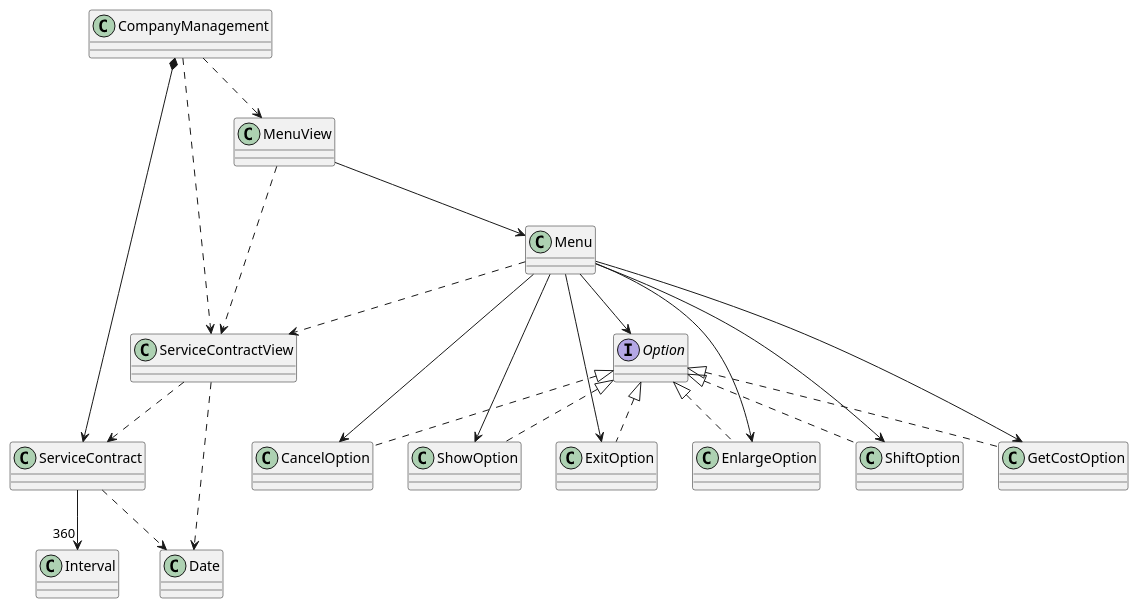
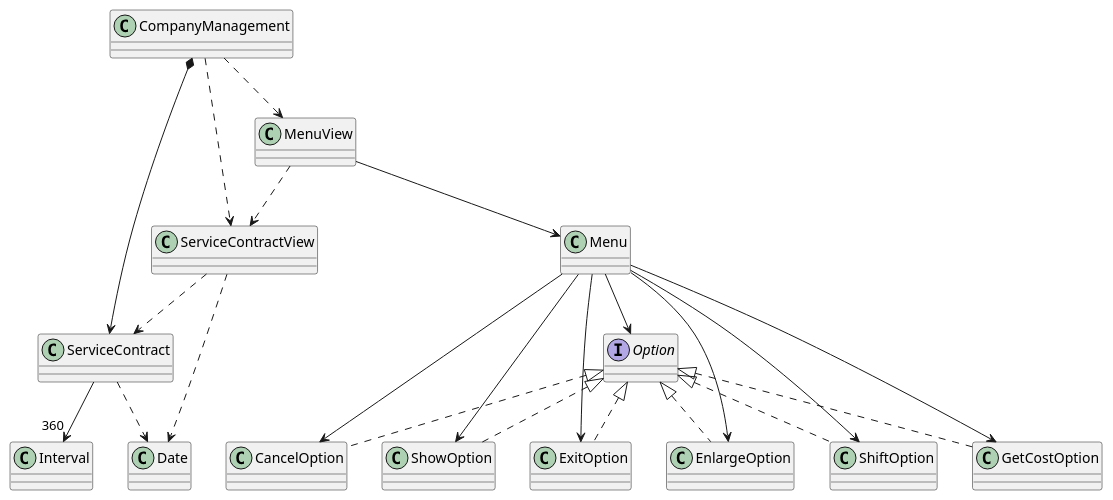
Before and after one commit to USantaTecla-ed-mpds/lab-turing: the diagram in tech-java-basadoObjetos/src/es/usantatecla/companyManagement/UML/ModeloClases.puml, drawn with PlantUML. The commit also changed 1 other file, not shown here.

Commit message:
refactor UML

```diff
--- a/tech-java-basadoObjetos/src/es/usantatecla/companyManagement/UML/ModeloClases.puml
+++ b/tech-java-basadoObjetos/src/es/usantatecla/companyManagement/UML/ModeloClases.puml
@@ -1,48 +1,47 @@
 @startuml
 class CompanyManagement
 class ServiceContract
 class ServiceContractView
 class MenuView
 class Menu
 class CancelOption
 class ShowOption
 class ExitOption
 class EnlargeOption
 class ShiftOption
 class GetCostOption
 
 class Date
 class Interval
 
 interface Option
 
 CompanyManagement *--> ServiceContract
 CompanyManagement ..> ServiceContractView
 CompanyManagement ..> MenuView
 
 ServiceContractView ..> ServiceContract
 ServiceContractView ..> Date
 
 ServiceContract ..> Date
 ServiceContract --> "360" Interval
 
 MenuView --> Menu
 MenuView ..> ServiceContractView
 
-Menu ..> ServiceContractView
 Menu --> Option
 Menu --> CancelOption
 Menu --> EnlargeOption
 Menu --> ExitOption
 Menu --> GetCostOption
 Menu --> ShiftOption
 Menu --> ShowOption
 
 Option <|.. CancelOption
 Option <|.. EnlargeOption
 Option <|.. ExitOption
 Option <|.. GetCostOption
 Option <|.. ShiftOption
 Option <|.. ShowOption
 
 @enduml
```
